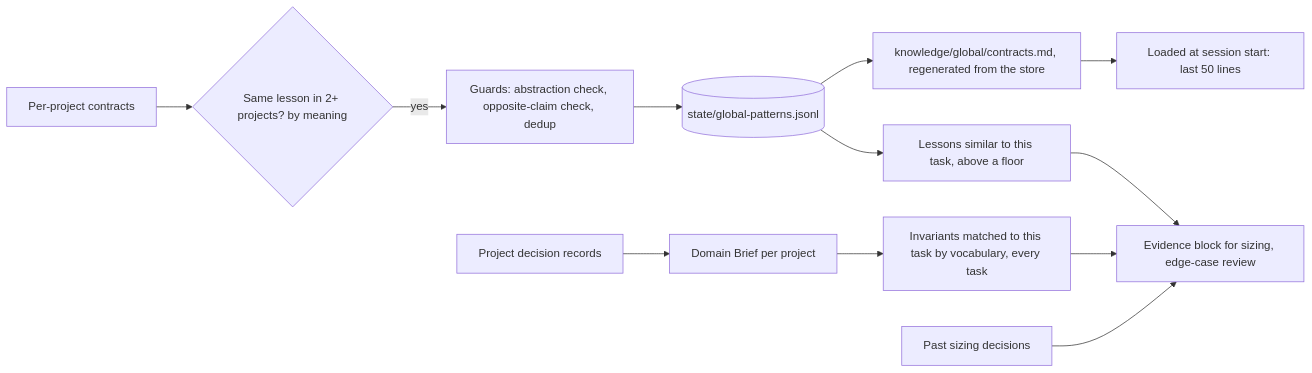
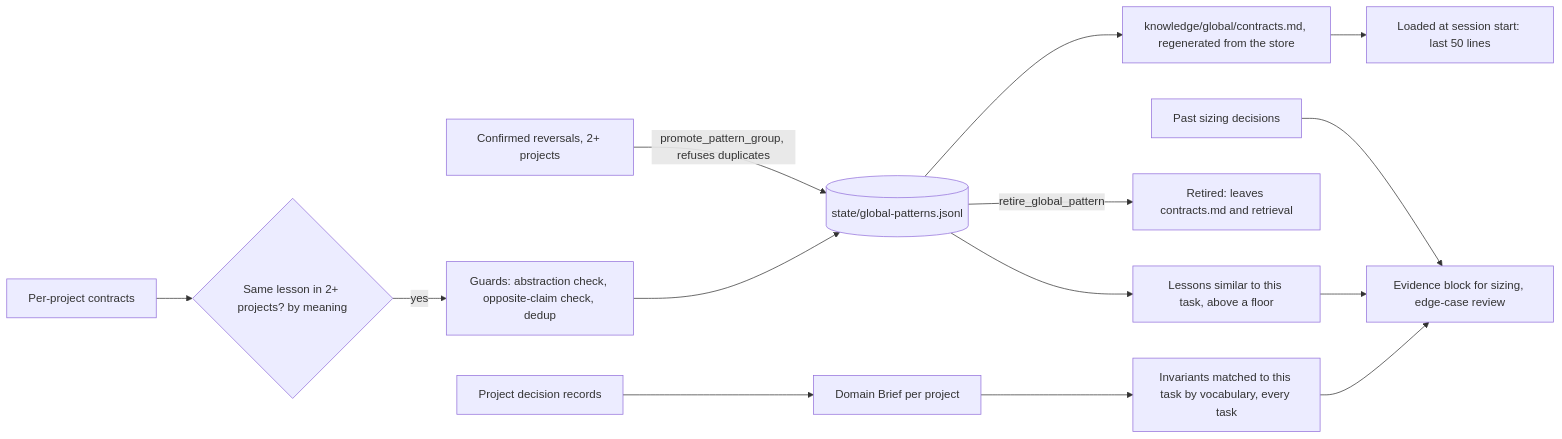
Before and after one commit to ajinkyabhanudas/youk: the second of 3 diagrams in README.md, drawn with Mermaid. The commit also changed other lines of this file and 13 other files, not shown here.

````diff
--- a/README.md
+++ b/README.md
@@ -120,14 +120,16 @@
 ```mermaid
 flowchart LR
     C[Per-project contracts] --> X{Same lesson in 2+ projects? by meaning}
     X -->|yes| G[Guards: abstraction check, opposite-claim check, dedup]
     G --> S[(state/global-patterns.jsonl)]
     S --> M[knowledge/global/contracts.md, regenerated from the store]
     M --> L[Loaded at session start: last 50 lines]
     D[Project decision records] --> B[Domain Brief per project]
     B --> E[Invariants matched to this task by vocabulary, every task]
     E --> P[Evidence block for sizing, edge-case review]
+    CP[Confirmed reversals, 2+ projects] -->|promote_pattern_group, refuses duplicates| S
+    S -->|retire_global_pattern| T[Retired: leaves contracts.md and retrieval]
     S --> R[Lessons similar to this task, above a floor]
     R --> P
     H[Past sizing decisions] --> P
 ```
````
